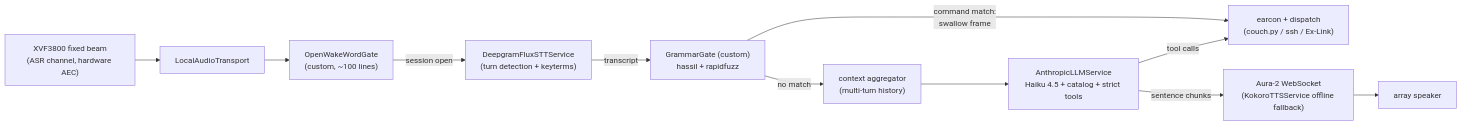
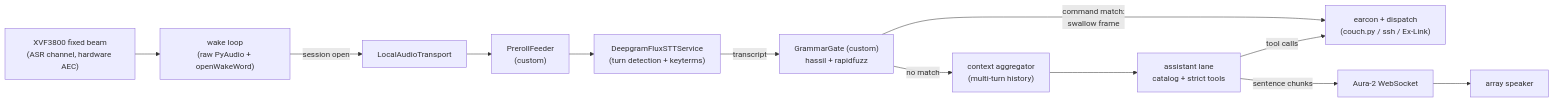
The diagram in docs/voice-control-design.md (trillville/slopstation), drawn with Mermaid before and after one commit. The commit also changed other lines of this file and 38 other files, not shown here.

````diff
--- a/docs/voice-control-design.md
+++ b/docs/voice-control-design.md
@@ -59,13 +31,14 @@
 ```mermaid
 flowchart LR
-  MIC["XVF3800 fixed beam<br/>(ASR channel, hardware AEC)"] --> T["LocalAudioTransport"]
-  T --> WW["OpenWakeWordGate<br/>(custom, ~100 lines)"]
-  WW -->|"session open"| STT["DeepgramFluxSTTService<br/>(turn detection + keyterms)"]
+  MIC["XVF3800 fixed beam<br/>(ASR channel, hardware AEC)"] --> WW["wake loop<br/>(raw PyAudio + openWakeWord)"]
+  WW -->|"session open"| T["LocalAudioTransport"]
+  T --> PR["PrerollFeeder<br/>(custom)"]
+  PR --> STT["DeepgramFluxSTTService<br/>(turn detection + keyterms)"]
   STT -->|transcript| GG["GrammarGate (custom)<br/>hassil + rapidfuzz"]
   GG -->|"command match:<br/>swallow frame"| ACT["earcon + dispatch<br/>(couch.py / ssh / Ex-Link)"]
   GG -->|"no match"| CTX["context aggregator<br/>(multi-turn history)"]
-  CTX --> LLM["AnthropicLLMService<br/>Haiku 4.5 + catalog + strict tools"]
-  LLM -->|"sentence chunks"| TTS["Aura-2 WebSocket<br/>(KokoroTTSService offline fallback)"]
+  CTX --> LLM["assistant lane<br/>catalog + strict tools"]
+  LLM -->|"sentence chunks"| TTS["Aura-2 WebSocket"]
   TTS --> SPK["array speaker"]
   LLM -->|"tool calls"| ACT
 ```
````
